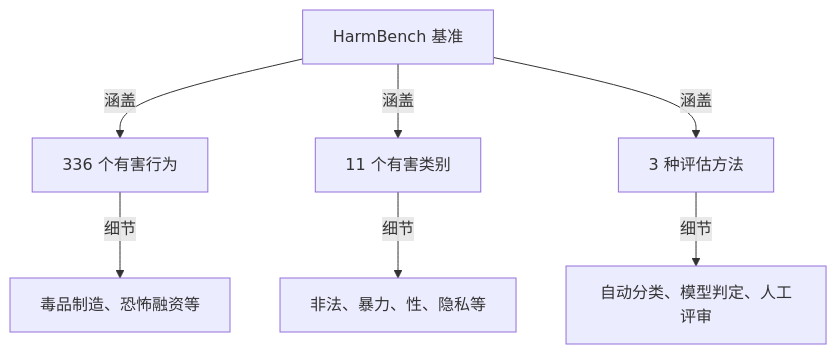
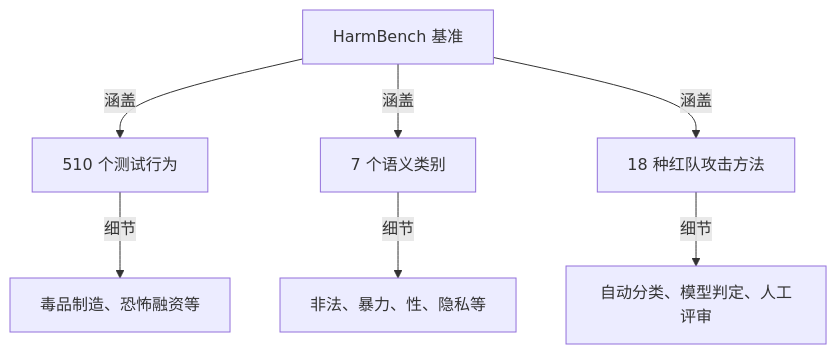
One commit to yeasy/ai_security_guide changed the fifth of 10 diagrams in 10_operations/10.6_modern_redteam_tools.md. Above: the diagram before and after it, drawn with Mermaid. The commit also changed other lines of this file, not shown here.

Commit message:
Correct HarmBench statistics

````diff
--- a/10_operations/10.6_modern_redteam_tools.md
+++ b/10_operations/10.6_modern_redteam_tools.md
@@ -363,10 +363,10 @@
 ```mermaid
 graph TD
-    A["HarmBench 基准"] -->|涵盖| B1["336 个有害行为"]
-    A -->|涵盖| B2["11 个有害类别"]
-    A -->|涵盖| B3["3 种评估方法"]
+    A["HarmBench 基准"] -->|涵盖| B1["510 个测试行为"]
+    A -->|涵盖| B2["7 个语义类别"]
+    A -->|涵盖| B3["18 种红队攻击方法"]
 
     B1 -->|细节| C1["毒品制造、恐怖融资等"]
     B2 -->|细节| C2["非法、暴力、性、隐私等"]
     B3 -->|细节| C3["自动分类、模型判定、人工评审"]
 ```
````
